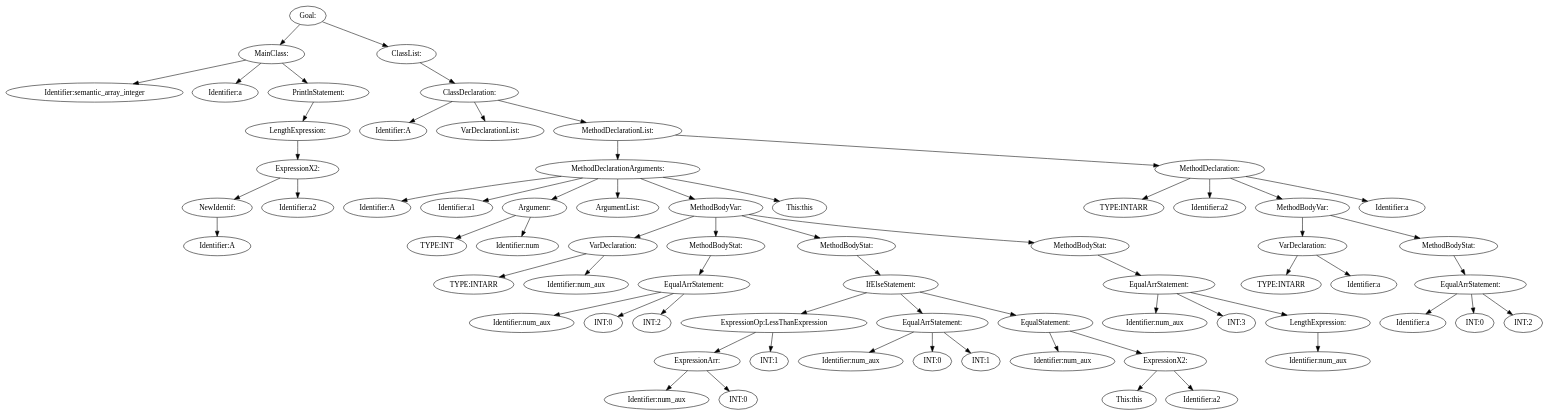
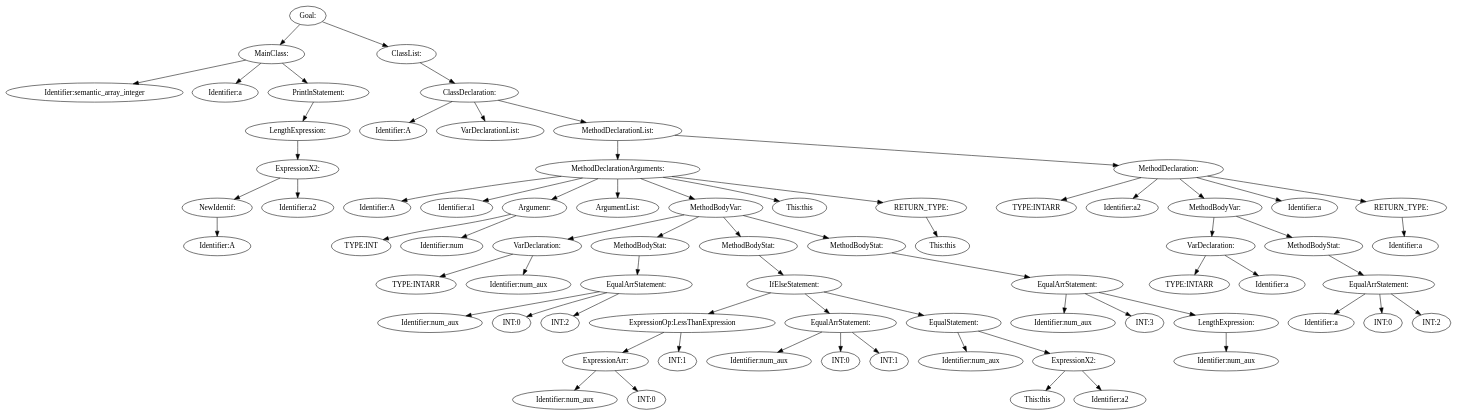
Before and after one commit to Oscar-Nordstrom/MiniJava_Compiler_2.0: the diagram in compiler_test_monitor_files/temp_dot_files/valid/semantic_array_integer.java.dot, drawn with Graphviz. The commit also changed 42 other files, not shown here.

```diff
--- a/compiler_test_monitor_files/temp_dot_files/valid/semantic_array_integer.java.dot
+++ b/compiler_test_monitor_files/temp_dot_files/valid/semantic_array_integer.java.dot
@@ -1,135 +1,143 @@
 digraph {
 n0 [label="Goal:"];
 n1 [label="MainClass:"];
 n2 [label="Identifier:semantic_array_integer"];
 n1 -> n2
 n3 [label="Identifier:a"];
 n1 -> n3
 n4 [label="PrintlnStatement:"];
 n5 [label="LengthExpression:"];
 n6 [label="ExpressionX2:"];
 n7 [label="NewIdentif:"];
 n8 [label="Identifier:A"];
 n7 -> n8
 n6 -> n7
 n9 [label="Identifier:a2"];
 n6 -> n9
 n5 -> n6
 n4 -> n5
 n1 -> n4
 n0 -> n1
 n10 [label="ClassList:"];
 n11 [label="ClassDeclaration:"];
 n12 [label="Identifier:A"];
 n11 -> n12
 n13 [label="VarDeclarationList:"];
 n11 -> n13
 n14 [label="MethodDeclarationList:"];
 n15 [label="MethodDeclarationArguments:"];
 n16 [label="Identifier:A"];
 n15 -> n16
 n17 [label="Identifier:a1"];
 n15 -> n17
 n18 [label="Argumenr:"];
 n19 [label="TYPE:INT"];
 n18 -> n19
 n20 [label="Identifier:num"];
 n18 -> n20
 n15 -> n18
 n21 [label="ArgumentList:"];
 n15 -> n21
 n22 [label="MethodBodyVar:"];
 n23 [label="VarDeclaration:"];
 n24 [label="TYPE:INTARR"];
 n23 -> n24
 n25 [label="Identifier:num_aux"];
 n23 -> n25
 n22 -> n23
 n26 [label="MethodBodyStat:"];
 n27 [label="EqualArrStatement:"];
 n28 [label="Identifier:num_aux"];
 n27 -> n28
 n29 [label="INT:0"];
 n27 -> n29
 n30 [label="INT:2"];
 n27 -> n30
 n26 -> n27
 n22 -> n26
 n31 [label="MethodBodyStat:"];
 n32 [label="IfElseStatement:"];
 n33 [label="ExpressionOp:LessThanExpression"];
 n34 [label="ExpressionArr:"];
 n35 [label="Identifier:num_aux"];
 n34 -> n35
 n36 [label="INT:0"];
 n34 -> n36
 n33 -> n34
 n37 [label="INT:1"];
 n33 -> n37
 n32 -> n33
 n38 [label="EqualArrStatement:"];
 n39 [label="Identifier:num_aux"];
 n38 -> n39
 n40 [label="INT:0"];
 n38 -> n40
 n41 [label="INT:1"];
 n38 -> n41
 n32 -> n38
 n42 [label="EqualStatement:"];
 n43 [label="Identifier:num_aux"];
 n42 -> n43
 n44 [label="ExpressionX2:"];
 n45 [label="This:this"];
 n44 -> n45
 n46 [label="Identifier:a2"];
 n44 -> n46
 n42 -> n44
 n32 -> n42
 n31 -> n32
 n22 -> n31
 n47 [label="MethodBodyStat:"];
 n48 [label="EqualArrStatement:"];
 n49 [label="Identifier:num_aux"];
 n48 -> n49
 n50 [label="INT:3"];
 n48 -> n50
 n51 [label="LengthExpression:"];
 n52 [label="Identifier:num_aux"];
 n51 -> n52
 n48 -> n51
 n47 -> n48
 n22 -> n47
 n15 -> n22
 n53 [label="This:this"];
 n15 -> n53
+n54 [label="RETURN_TYPE:"];
+n55 [label="This:this"];
+n54 -> n55
+n15 -> n54
 n14 -> n15
-n54 [label="MethodDeclaration:"];
-n55 [label="TYPE:INTARR"];
-n54 -> n55
-n56 [label="Identifier:a2"];
-n54 -> n56
-n57 [label="MethodBodyVar:"];
-n58 [label="VarDeclaration:"];
-n59 [label="TYPE:INTARR"];
-n58 -> n59
-n60 [label="Identifier:a"];
-n58 -> n60
-n57 -> n58
-n61 [label="MethodBodyStat:"];
-n62 [label="EqualArrStatement:"];
-n63 [label="Identifier:a"];
-n62 -> n63
-n64 [label="INT:0"];
-n62 -> n64
-n65 [label="INT:2"];
-n62 -> n65
-n61 -> n62
-n57 -> n61
-n54 -> n57
-n66 [label="Identifier:a"];
-n54 -> n66
-n14 -> n54
+n56 [label="MethodDeclaration:"];
+n57 [label="TYPE:INTARR"];
+n56 -> n57
+n58 [label="Identifier:a2"];
+n56 -> n58
+n59 [label="MethodBodyVar:"];
+n60 [label="VarDeclaration:"];
+n61 [label="TYPE:INTARR"];
+n60 -> n61
+n62 [label="Identifier:a"];
+n60 -> n62
+n59 -> n60
+n63 [label="MethodBodyStat:"];
+n64 [label="EqualArrStatement:"];
+n65 [label="Identifier:a"];
+n64 -> n65
+n66 [label="INT:0"];
+n64 -> n66
+n67 [label="INT:2"];
+n64 -> n67
+n63 -> n64
+n59 -> n63
+n56 -> n59
+n68 [label="Identifier:a"];
+n56 -> n68
+n69 [label="RETURN_TYPE:"];
+n70 [label="Identifier:a"];
+n69 -> n70
+n56 -> n69
+n14 -> n56
 n11 -> n14
 n10 -> n11
 n0 -> n10
 }
```
